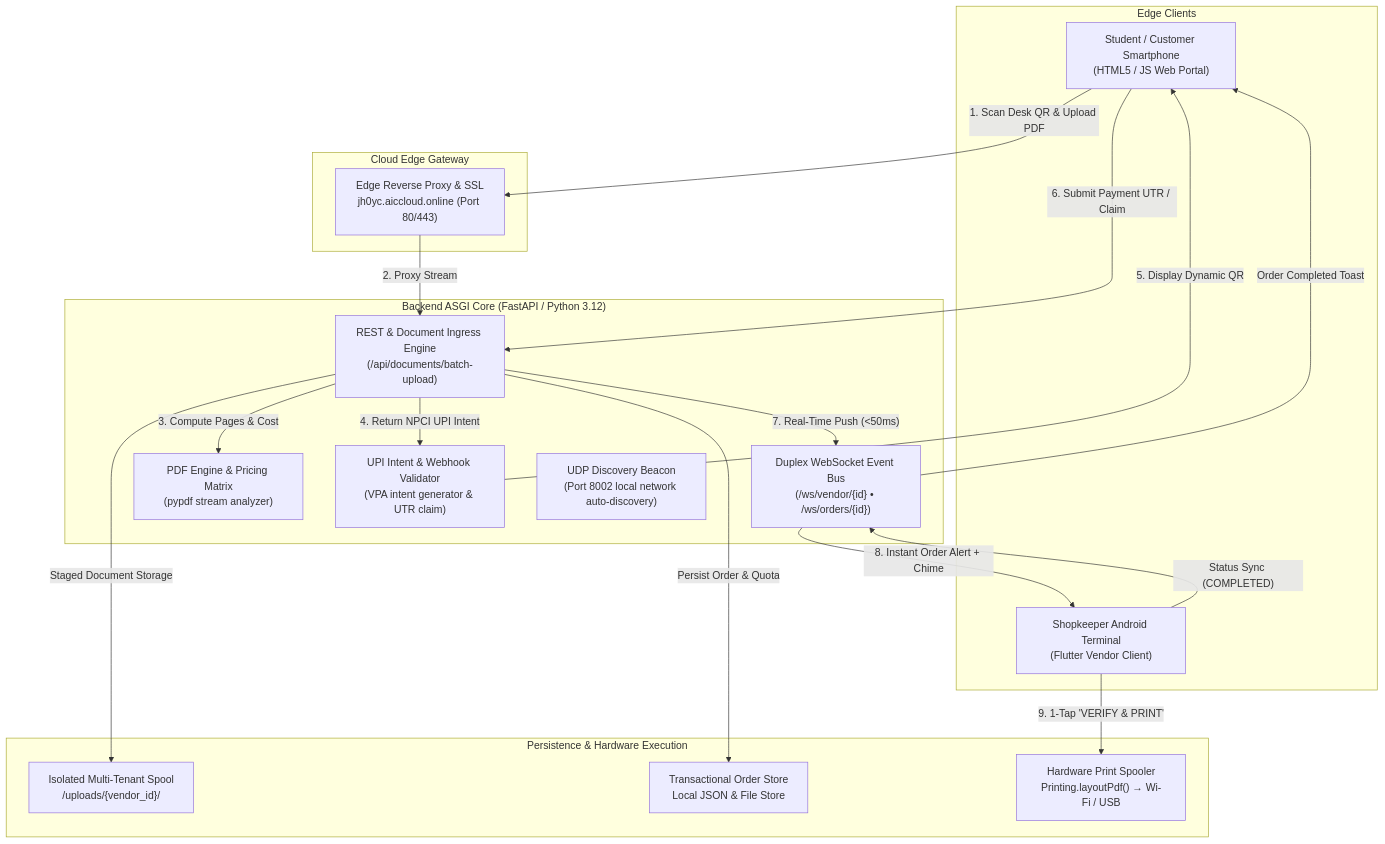
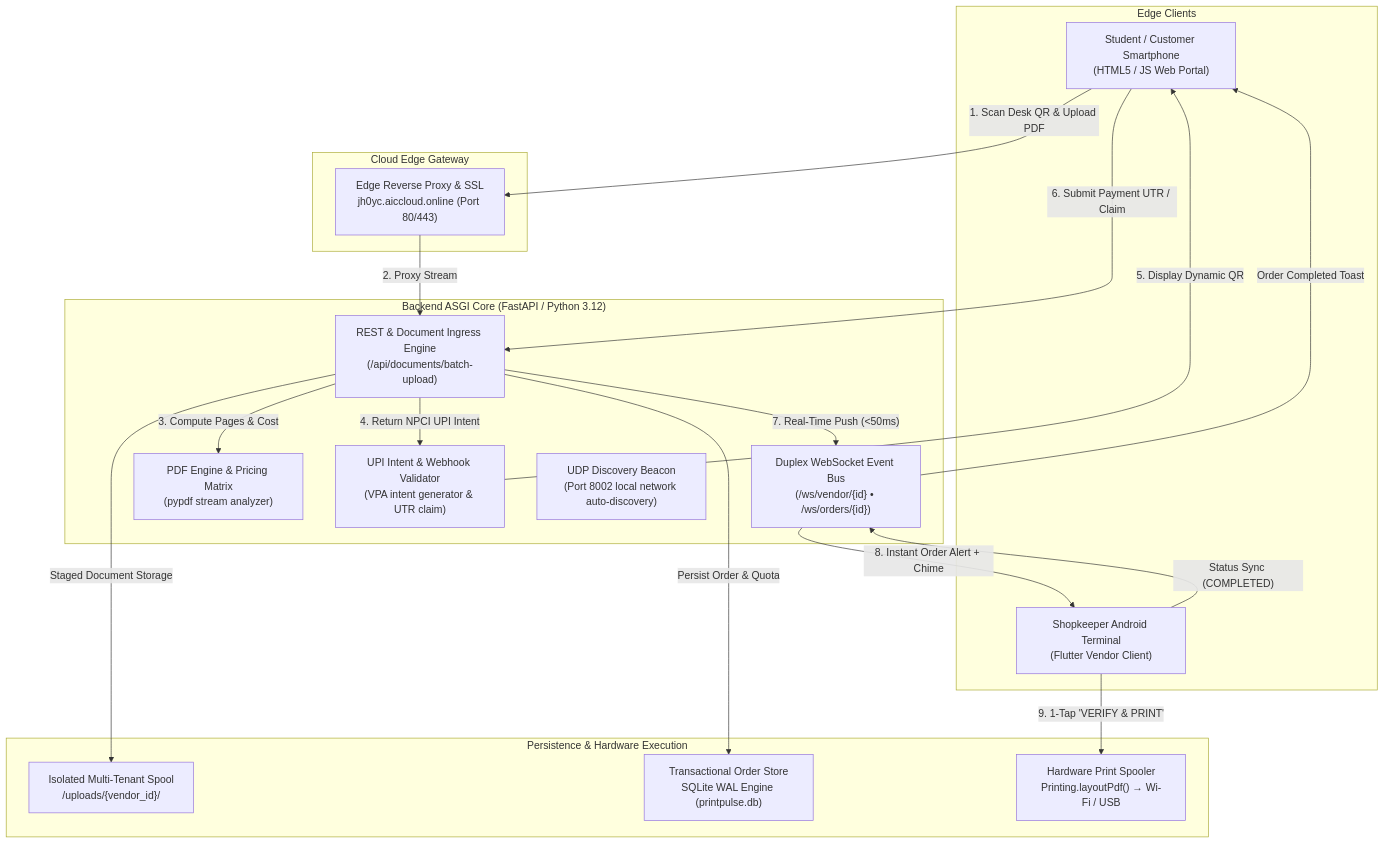
The diagram in README.md (abhayv175/PrintPulse), drawn with Mermaid before and after one commit. The commit also changed other lines of this file and 7 other files, not shown here.

````diff
--- a/README.md
+++ b/README.md
@@ -178,39 +180,39 @@
 ```mermaid
 flowchart TD
     subgraph Clients["Edge Clients"]
         CUST["Student / Customer Smartphone<br>(HTML5 / JS Web Portal)"]
         VEND["Shopkeeper Android Terminal<br>(Flutter Vendor Client)"]
     end
 
     subgraph Ingress["Cloud Edge Gateway"]
         EDGE["Edge Reverse Proxy & SSL<br>jh0yc.aiccloud.online (Port 80/443)"]
     end
 
     subgraph Core["Backend ASGI Core (FastAPI / Python 3.12)"]
         API["REST & Document Ingress Engine<br>(/api/documents/batch-upload)"]
         WS["Duplex WebSocket Event Bus<br>(/ws/vendor/{id} • /ws/orders/{id})"]
         PARSER["PDF Engine & Pricing Matrix<br>(pypdf stream analyzer)"]
         UPI["UPI Intent & Webhook Validator<br>(VPA intent generator & UTR claim)"]
         UDP["UDP Discovery Beacon<br>(Port 8002 local network auto-discovery)"]
     end
 
     subgraph Storage["Persistence & Hardware Execution"]
         DISK["Isolated Multi-Tenant Spool<br>/uploads/{vendor_id}/"]
-        STATE["Transactional Order Store<br>Local JSON & File Store"]
+        STATE["Transactional Order Store<br>SQLite WAL Engine (printpulse.db)"]
         SPOOL["Hardware Print Spooler<br>Printing.layoutPdf() → Wi-Fi / USB"]
     end
 
     CUST -->|"1. Scan Desk QR & Upload PDF"| EDGE
     EDGE -->|"2. Proxy Stream"| API
     API -->|"3. Compute Pages & Cost"| PARSER
     API -->|"4. Return NPCI UPI Intent"| UPI
     UPI -->|"5. Display Dynamic QR"| CUST
     CUST -->|"6. Submit Payment UTR / Claim"| API
     API -->|"7. Real-Time Push (<50ms)"| WS
     WS -->|"8. Instant Order Alert + Chime"| VEND
     VEND -->|"9. 1-Tap 'VERIFY & PRINT'"| SPOOL
     API -->|"Persist Order & Quota"| STATE
     API -->|"Staged Document Storage"| DISK
     VEND -->|"Status Sync (COMPLETED)"| WS
     WS -->|"Order Completed Toast"| CUST
 ```
````
